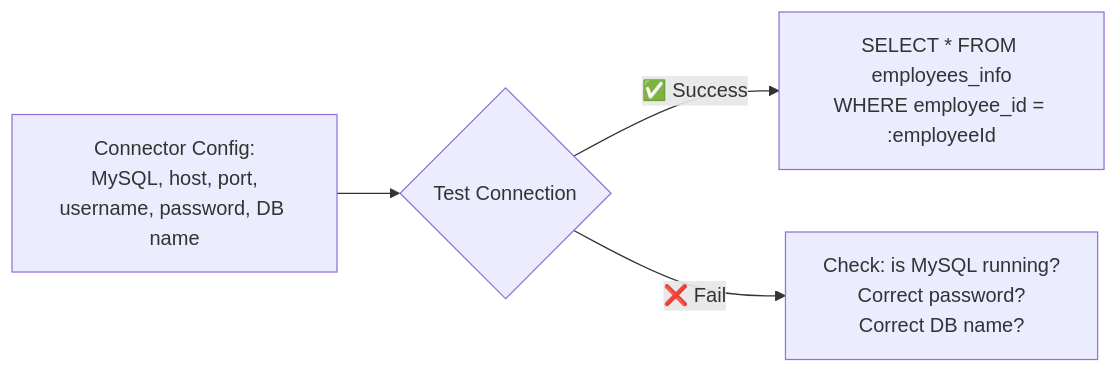
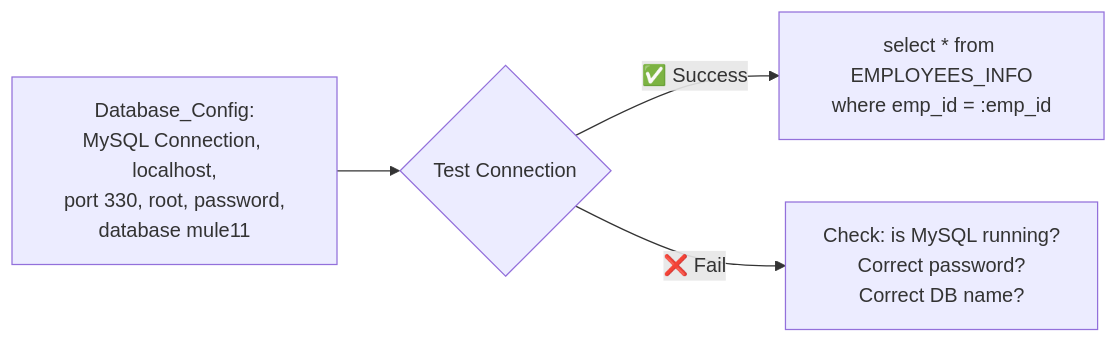
The third of 5 diagrams in detailed-notes/day05.md (developerashok99/green-c-mule-notes), drawn with Mermaid before and after one commit. The commit also changed other lines of this file and 19 other files, not shown here.

````diff
--- a/detailed-notes/day05.md
+++ b/detailed-notes/day05.md
@@ -48,6 +50,6 @@
 ```mermaid
 flowchart LR
-    Cfg["Connector Config:<br/>MySQL, host, port,<br/>username, password, DB name"] --> Test{"Test Connection"}
-    Test -->|✅ Success| Query["SELECT * FROM employees_info<br/>WHERE employee_id = :employeeId"]
+    Cfg["Database_Config:<br/>MySQL Connection, localhost,<br/>port 330, root, password,<br/>database mule11"] --> Test{"Test Connection"}
+    Test -->|✅ Success| Query["select * from EMPLOYEES_INFO<br/>where emp_id = :emp_id"]
     Test -->|❌ Fail| Debug["Check: is MySQL running?<br/>Correct password?<br/>Correct DB name?"]
 ```
````
